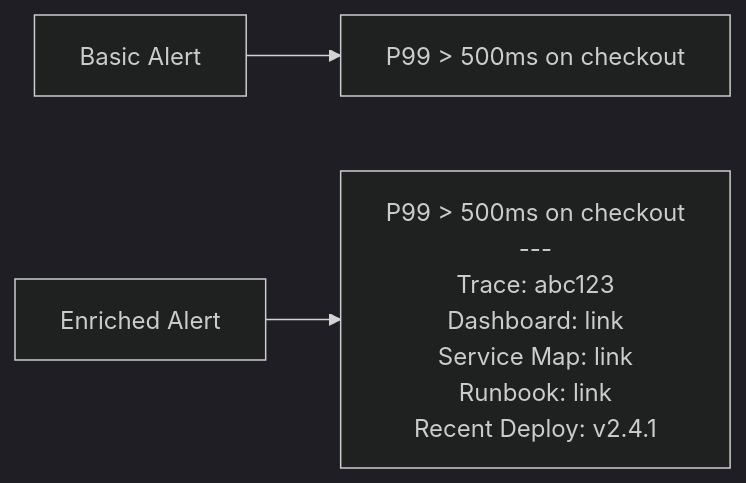
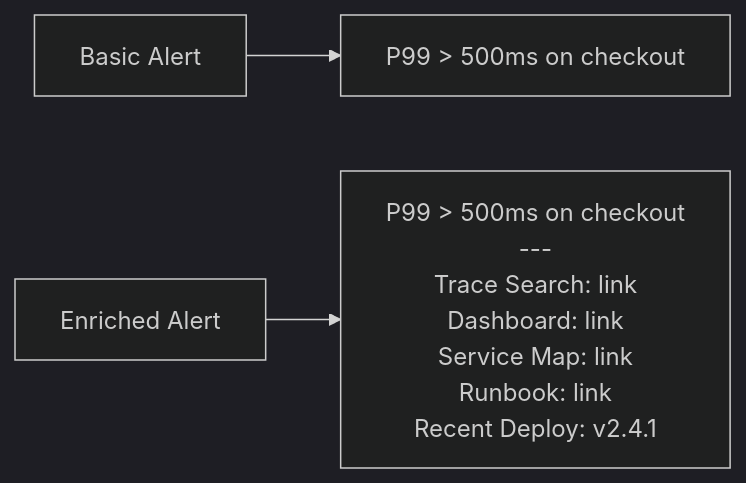
The diagram in posts/2026-02-06-enrich-alerts-trace-ids-service-maps/README.md (OneUptime/blog), drawn with Mermaid (dark theme) before and after one commit. The commit also changed other lines of this file and 2 other files, not shown here.

Commit message:
validate: 2026-02-06-enrich-alerts-trace-ids-service-maps

````diff
--- a/posts/2026-02-06-enrich-alerts-trace-ids-service-maps/README.md
+++ b/posts/2026-02-06-enrich-alerts-trace-ids-service-maps/README.md
@@ -17,5 +17,5 @@
 ```mermaid
 flowchart LR
     A[Basic Alert] --> B["P99 > 500ms on checkout"]
-    C[Enriched Alert] --> D["P99 > 500ms on checkout\n---\nTrace: abc123\nDashboard: link\nService Map: link\nRunbook: link\nRecent Deploy: v2.4.1"]
+    C[Enriched Alert] --> D["P99 > 500ms on checkout\n---\nTrace Search: link\nDashboard: link\nService Map: link\nRunbook: link\nRecent Deploy: v2.4.1"]
 ```
````
